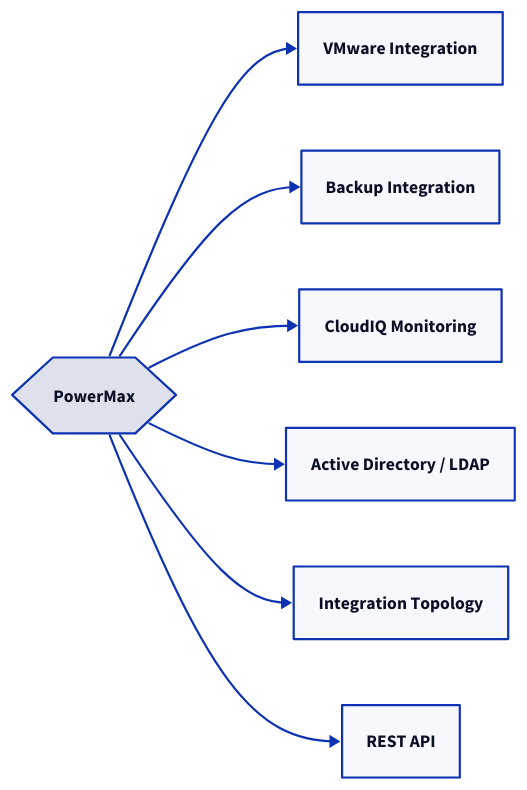
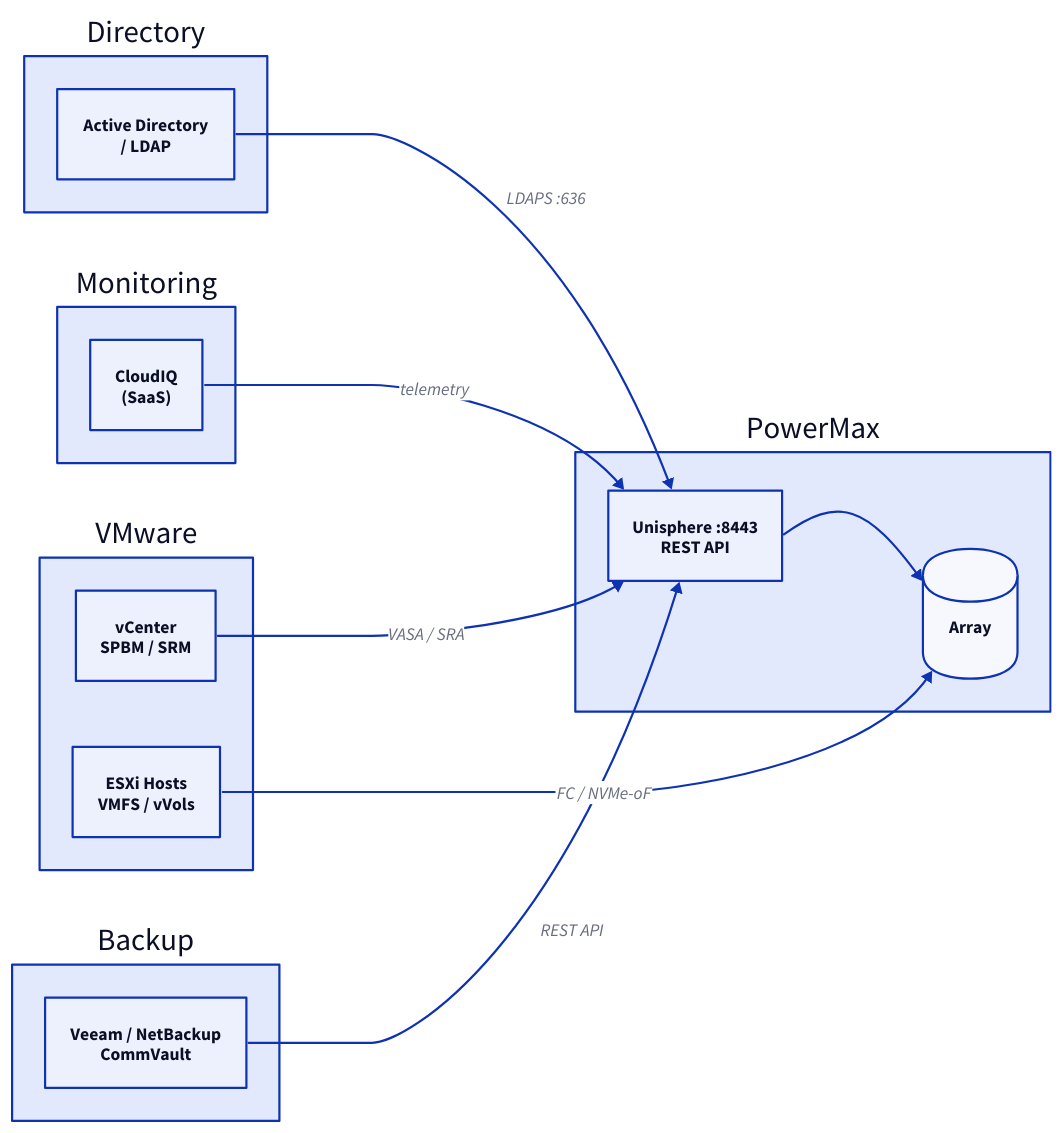
One commit to canast01/chris-kb changed the first of 3 diagrams in docs/storage/dell/powermax/architecture/integrations.md. Above: the diagram before and after it, drawn with D2. The commit also changed other lines of this file and 3393 other files, not shown here.

First line of the commit message:
Remove 2,800+ trivial D2 diagrams; refine PowerMax architecture; 41-check audit clean

````diff
--- a/docs/storage/dell/powermax/architecture/integrations.md
+++ b/docs/storage/dell/powermax/architecture/integrations.md
@@ -19,18 +19,32 @@
 ```d2
 direction: right
 
-center: "PowerMax" {shape: hexagon}
-vmware_integration: "VMware Integration" {shape: rectangle}
-backup_integration: "Backup Integration" {shape: rectangle}
-cloudiq_monitoring: "CloudIQ Monitoring" {shape: rectangle}
-active_directory_ldap: "Active Directory / LDAP" {shape: rectangle}
-integration_topology: "Integration Topology" {shape: rectangle}
-rest_api: "REST API" {shape: rectangle}
+powermax: PowerMax {
+  uni: Unisphere :8443\nREST API {shape: rectangle}
+  array: Array {shape: cylinder}
+  uni -> array
+}
 
-center -> vmware_integration
-center -> backup_integration
-center -> cloudiq_monitoring
-center -> active_directory_ldap
-center -> integration_topology
-center -> rest_api
+vmware: VMware {
+  vc: vCenter\nSPBM / SRM {shape: rectangle}
+  esx: ESXi Hosts\nVMFS / vVols {shape: rectangle}
+}
+
+backup: Backup {
+  vbr: Veeam / NetBackup\nCommVault {shape: rectangle}
+}
+
+monitor: Monitoring {
+  ciq: CloudIQ\n(SaaS) {shape: rectangle}
+}
+
+directory: Directory {
+  ad: Active Directory\n/ LDAP {shape: rectangle}
+}
+
+vmware.vc -> powermax.uni: VASA / SRA
+vmware.esx -> powermax.array: FC / NVMe-oF
+backup.vbr -> powermax.uni: REST API
+monitor.ciq -> powermax.uni: telemetry
+directory.ad -> powermax.uni: LDAPS :636
 ```
````
